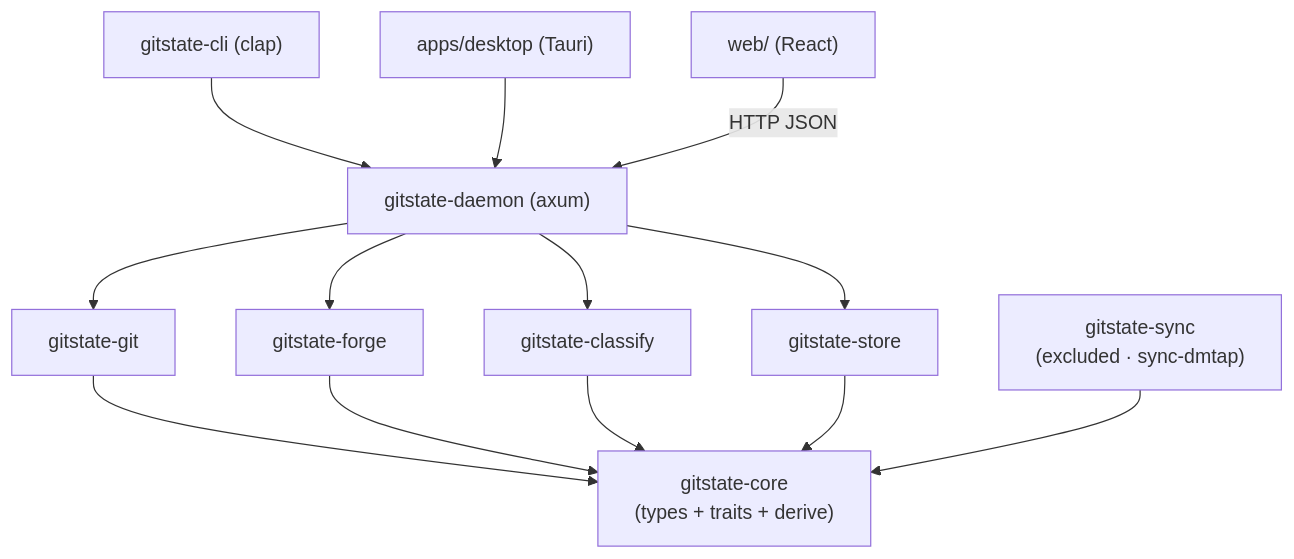
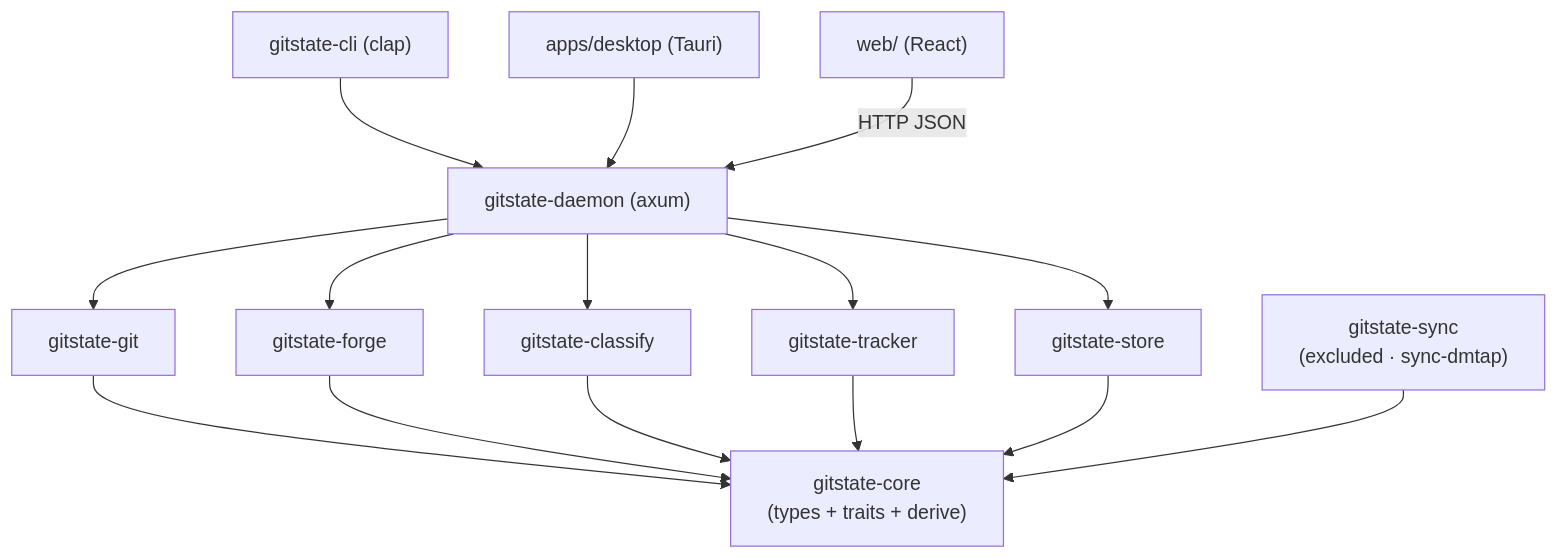
Before and after one commit to vul-os/gitstate: the diagram in docs/ARCHITECTURE.md, drawn with Mermaid. The commit also changed other lines of this file and 6 other files, not shown here.

````diff
--- a/docs/ARCHITECTURE.md
+++ b/docs/ARCHITECTURE.md
@@ -36,13 +37,14 @@
 ```mermaid
 flowchart TB
     core["gitstate-core<br/>(types + traits + derive)"]
     git["gitstate-git"] --> core
     forge["gitstate-forge"] --> core
     classify["gitstate-classify"] --> core
+    tracker["gitstate-tracker"] --> core
     store["gitstate-store"] --> core
     sync["gitstate-sync<br/>(excluded · sync-dmtap)"] --> core
-    daemon["gitstate-daemon (axum)"] --> git & forge & classify & store
+    daemon["gitstate-daemon (axum)"] --> git & forge & classify & tracker & store
     cli["gitstate-cli (clap)"] --> daemon
     tauri["apps/desktop (Tauri)"] --> daemon
     web["web/ (React)"] -->|"HTTP JSON"| daemon
 ```
````
